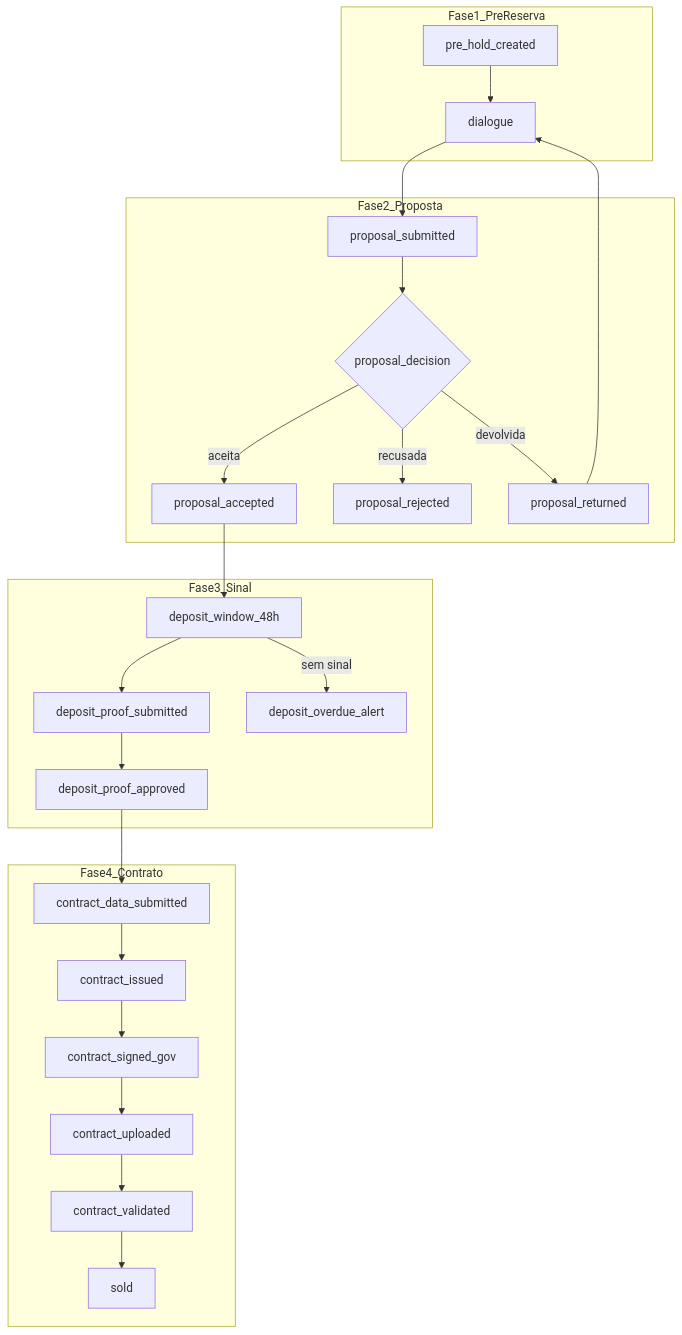
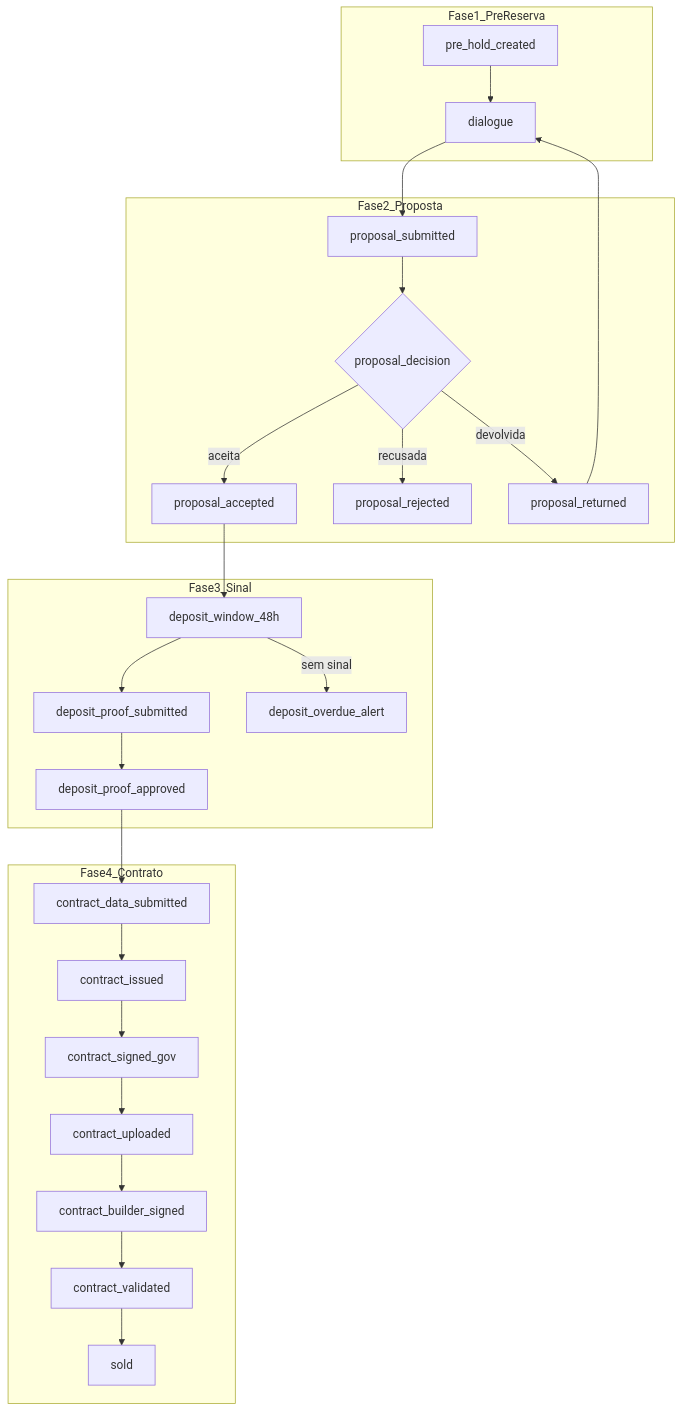
The fifth of 9 diagrams in .specs/codebase/FLOWS.md (laerciocrestani/oportalimobiliario), drawn with Mermaid before and after one commit. The commit also changed other lines of this file and 49 other files, not shown here.

First line of the commit message:
feat(reservation-timeline): split buyer and builder contract signatures

````diff
--- a/.specs/codebase/FLOWS.md
+++ b/.specs/codebase/FLOWS.md
@@ -140,36 +140,37 @@
 ```mermaid
 flowchart TD
     subgraph fase1 [Fase1_PreReserva]
         S1[pre_hold_created]
         S2[dialogue]
     end
     subgraph fase2 [Fase2_Proposta]
         S3[proposal_submitted]
         S4{proposal_decision}
         S4a[proposal_accepted]
         S4b[proposal_rejected]
         S4c[proposal_returned]
     end
     subgraph fase3 [Fase3_Sinal]
         S5[deposit_window_48h]
         S6[deposit_proof_submitted]
         S7[deposit_proof_approved]
         S7alert[deposit_overdue_alert]
     end
     subgraph fase4 [Fase4_Contrato]
         S8[contract_data_submitted]
         S9[contract_issued]
         S10[contract_signed_gov]
         S11[contract_uploaded]
-        S12[contract_validated]
-        S13[sold]
+        S12[contract_builder_signed]
+        S13[contract_validated]
+        S14[sold]
     end
 
     S1 --> S2 --> S3 --> S4
     S4 -->|aceita| S4a --> S5
     S4 -->|recusada| S4b
     S4 -->|devolvida| S4c --> S2
     S5 --> S6 --> S7
     S5 -->|sem sinal| S7alert
-    S7 --> S8 --> S9 --> S10 --> S11 --> S12 --> S13
+    S7 --> S8 --> S9 --> S10 --> S11 --> S12 --> S13 --> S14
 ```
````
